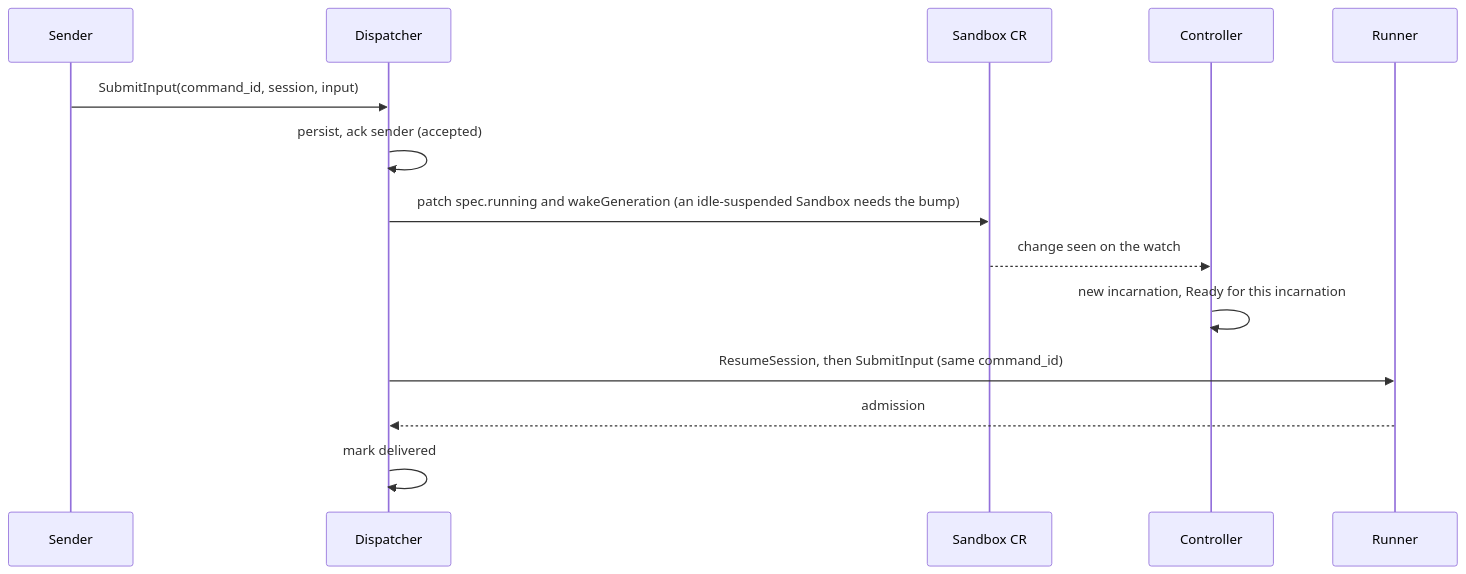
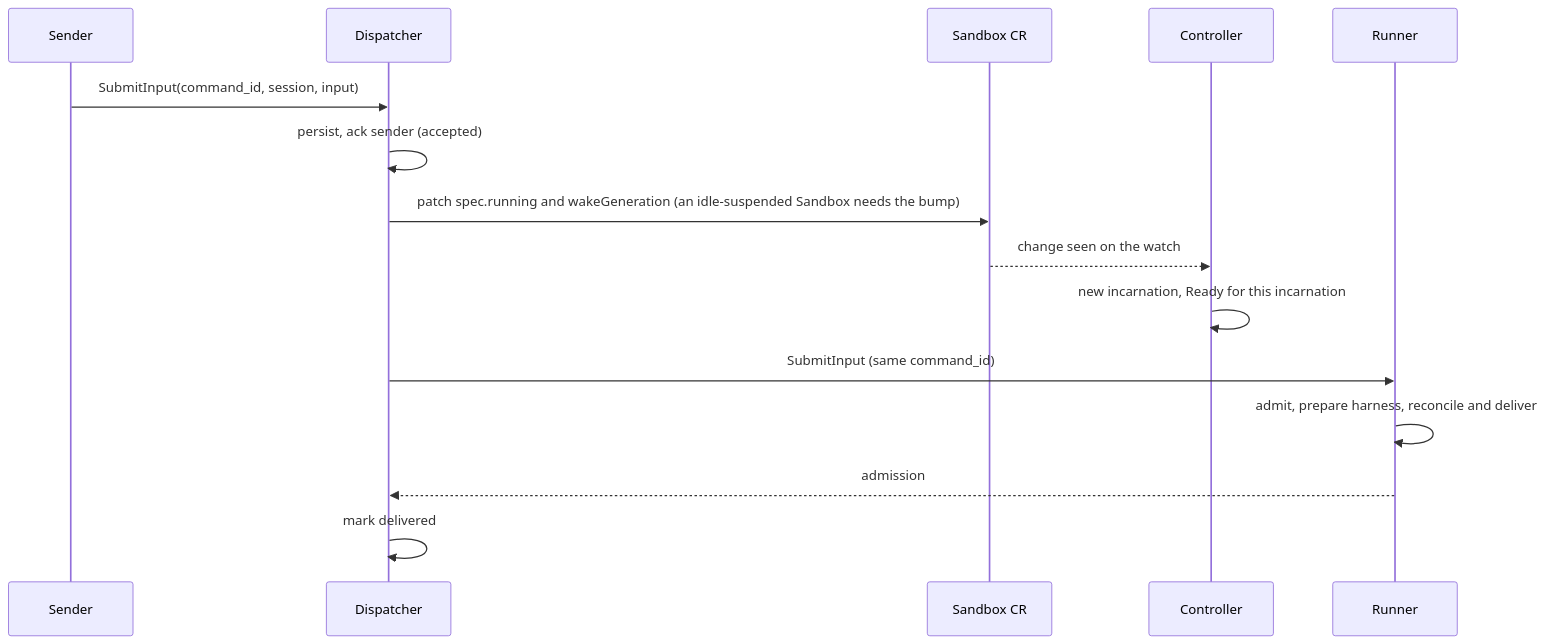
The fifth of 5 diagrams in agentplane/docs/adr_sandbox_session_control.md (agentydragon-agent/ducktape), drawn with Mermaid before and after one commit. The commit also changed other lines of this file and 86 other files, not shown here.

````diff
--- a/agentplane/docs/adr_sandbox_session_control.md
+++ b/agentplane/docs/adr_sandbox_session_control.md
@@ -757,16 +583,17 @@
 ```mermaid
 sequenceDiagram
     participant S as Sender
     participant K as Dispatcher
     participant CR as Sandbox CR
     participant C as Controller
     participant R as Runner
     S->>K: SubmitInput(command_id, session, input)
     K->>K: persist, ack sender (accepted)
     K->>CR: patch spec.running and wakeGeneration (an idle-suspended Sandbox needs the bump)
     CR-->>C: change seen on the watch
     C->>C: new incarnation, Ready for this incarnation
-    K->>R: ResumeSession, then SubmitInput (same command_id)
+    K->>R: SubmitInput (same command_id)
+    R->>R: admit, prepare harness, reconcile and deliver
     R-->>K: admission
     K->>K: mark delivered
 ```
````
